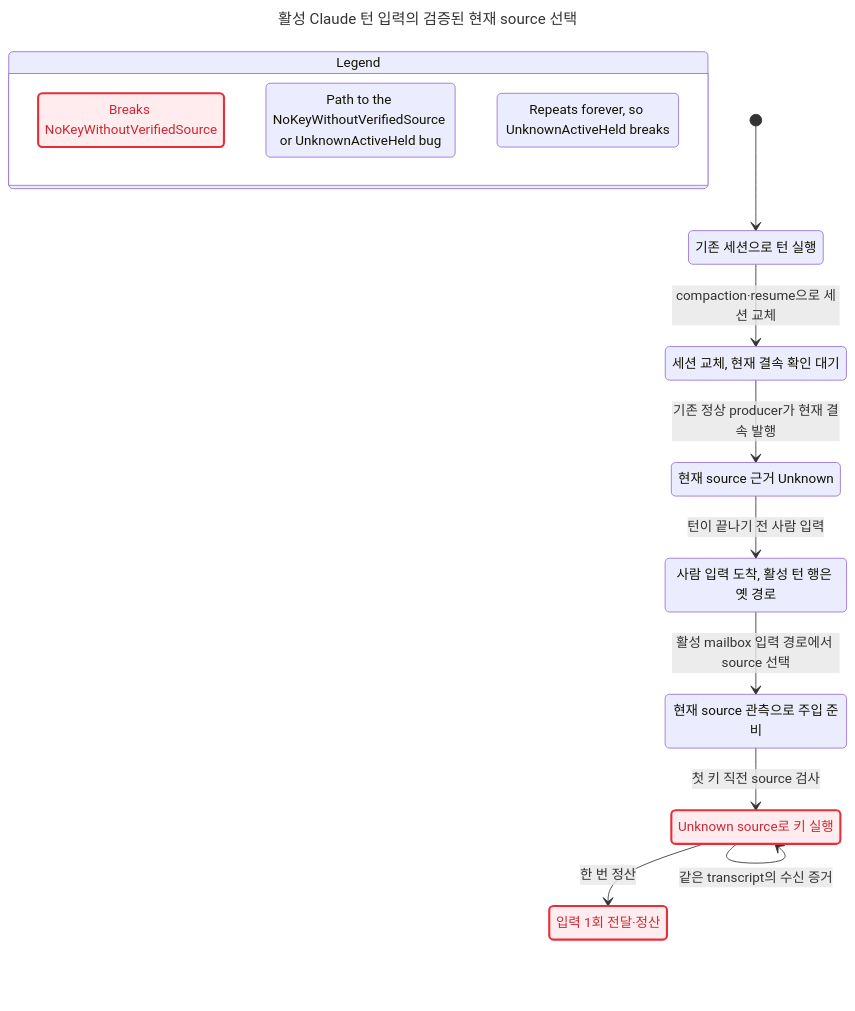
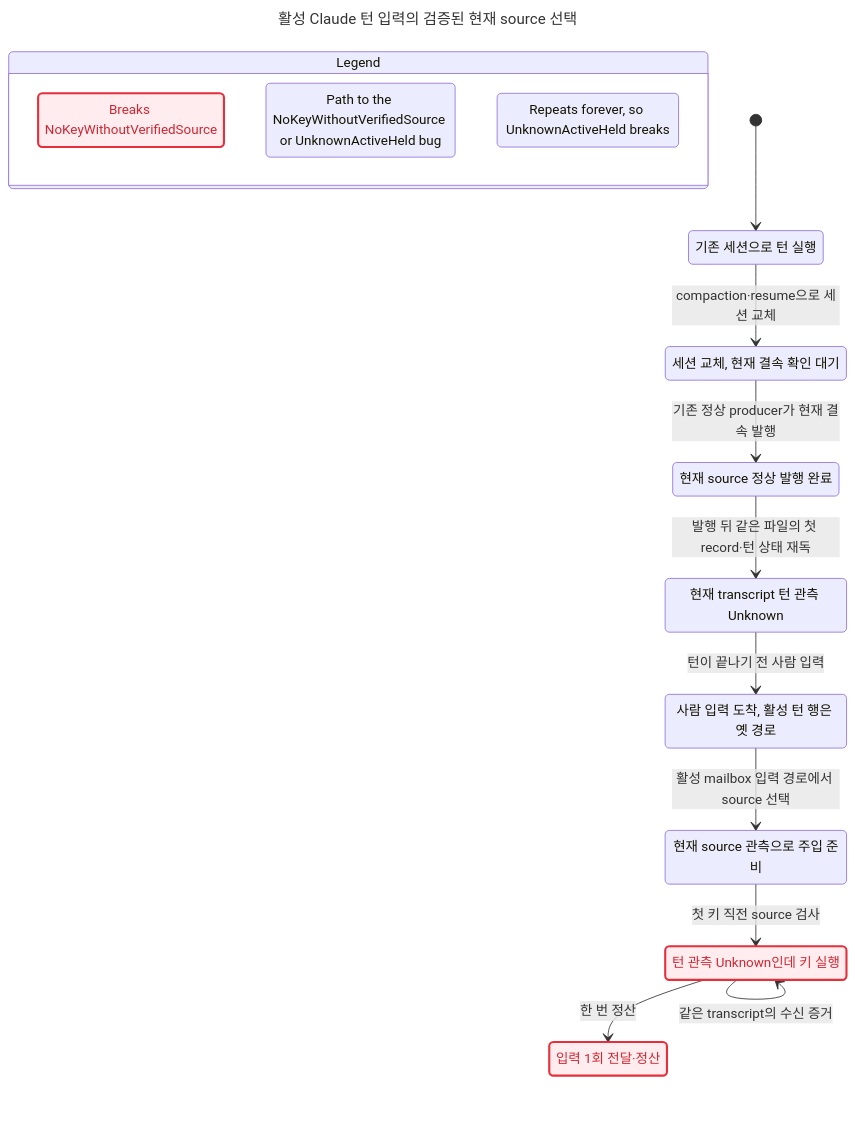
The diagram in docs/statecharts/input-single-path/herdr-busy-active-source.unknown-mutant.chart.mmd (itismyfield/AgentDesk), drawn with Mermaid before and after one commit. The commit also changed 6 other files, not shown here.

Commit message:
docs: model busy source proof from opened transcript evidence

```diff
--- a/docs/statecharts/input-single-path/herdr-busy-active-source.unknown-mutant.chart.mmd
+++ b/docs/statecharts/input-single-path/herdr-busy-active-source.unknown-mutant.chart.mmd
@@ -1,37 +1,40 @@
 ---
 title: "활성 Claude 턴 입력의 검증된 현재 source 선택"
 ---
 stateDiagram-v2
   state "Legend" as legend {
     lg0: Breaks NoKeyWithoutVerifiedSource
     lg1: Path to the NoKeyWithoutVerifiedSource or UnknownActiveHeld bug
     lg2: Repeats forever, so UnknownActiveHeld breaks
   }
   class lg0 breaks
   class lg1 bugPath
   class lg2 repeats
   s0: 기존 세션으로 턴 실행
   s1: 세션 교체, 현재 결속 확인 대기
-  s2: 현재 source 근거 Unknown
-  s3: 사람 입력 도착, 활성 턴 행은 옛 경로
-  s4: 현재 source 관측으로 주입 준비
-  s5: Unknown source로 키 실행
-  s6: 입력 1회 전달#183;정산
+  s2: 현재 source 정상 발행 완료
+  s3: 현재 transcript 턴 관측 Unknown
+  s4: 사람 입력 도착, 활성 턴 행은 옛 경로
+  s5: 현재 source 관측으로 주입 준비
+  s6: 턴 관측 Unknown인데 키 실행
+  s7: 입력 1회 전달#183;정산
   [*] --> s0
   s0 --> s1: compaction#183;resume으로 세션 교체
   s1 --> s2: 기존 정상 producer가 현재 결속 발행
-  s2 --> s3: 턴이 끝나기 전 사람 입력
-  s3 --> s4: 활성 mailbox 입력 경로에서 source 선택
-  s4 --> s5: 첫 키 직전 source 검사
-  s5 --> s5: 같은 transcript의 수신 증거
-  s5 --> s6: 한 번 정산
+  s2 --> s3: 발행 뒤 같은 파일의 첫 record#183;턴 상태 재독
+  s3 --> s4: 턴이 끝나기 전 사람 입력
+  s4 --> s5: 활성 mailbox 입력 경로에서 source 선택
+  s5 --> s6: 첫 키 직전 source 검사
+  s6 --> s6: 같은 transcript의 수신 증거
+  s6 --> s7: 한 번 정산
   classDef breaks fill:#ffecee,stroke:#e72e3b,stroke-width:2.5px,color:#cd2834
   class s0 bugPath
   class s1 bugPath
   class s2 bugPath
   class s3 bugPath
   class s4 bugPath
-  class s5 breaks
   class s5 bugPath
   class s6 breaks
-  class s6 repeats
+  class s6 bugPath
+  class s7 breaks
+  class s7 repeats
```
